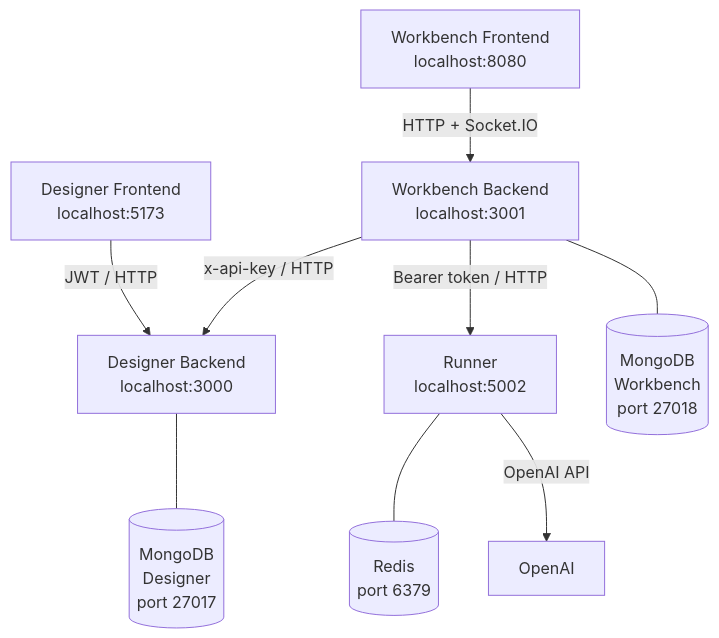
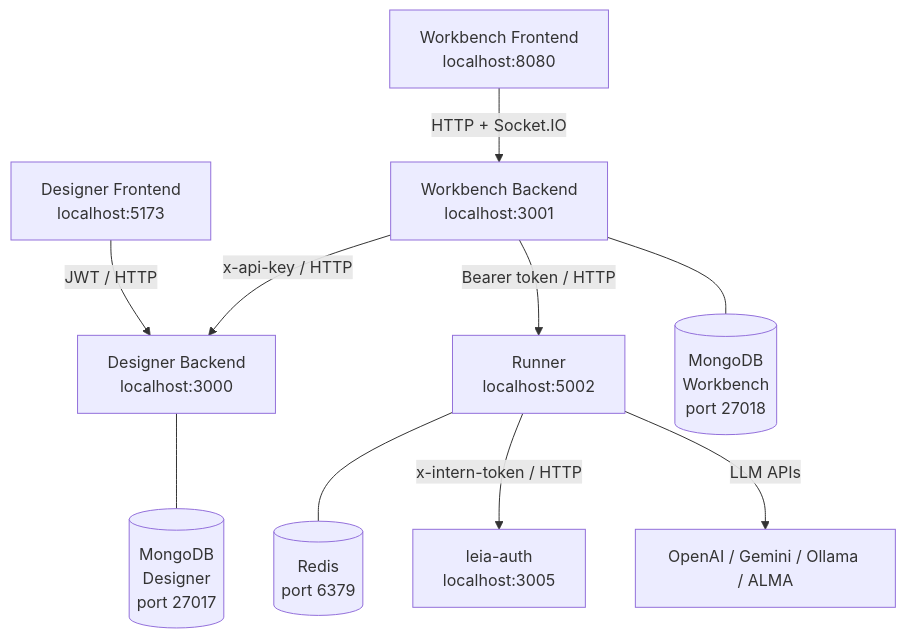
Before and after one commit to leia-org/web: the diagram in docs/contributing/index.md, drawn with Mermaid. The commit also changed other lines of this file and 3 other files, not shown here.

````diff
--- a/docs/contributing/index.md
+++ b/docs/contributing/index.md
@@ -34,20 +34,21 @@
 ```mermaid
 graph TD
     DF[Designer Frontend\nlocalhost:5173]
     DB[Designer Backend\nlocalhost:3000]
     WF[Workbench Frontend\nlocalhost:8080]
     WB[Workbench Backend\nlocalhost:3001]
     RN[Runner\nlocalhost:5002]
     MDB1[(MongoDB\nDesigner\nport 27017)]
     MDB2[(MongoDB\nWorkbench\nport 27018)]
     RDS[(Redis\nport 6379)]
 
     DF -- "JWT / HTTP" --> DB
     WF -- "HTTP + Socket.IO" --> WB
     WB -- "x-api-key / HTTP" --> DB
     WB -- "Bearer token / HTTP" --> RN
     DB --- MDB1
     WB --- MDB2
     RN --- RDS
-    RN -- "OpenAI API" --> OAI[OpenAI]
+    RN -- "x-intern-token / HTTP" --> AUTH[leia-auth\nlocalhost:3005]
+    RN -- "LLM APIs" --> LLM[OpenAI / Gemini / Ollama / ALMA]
 ```
````
